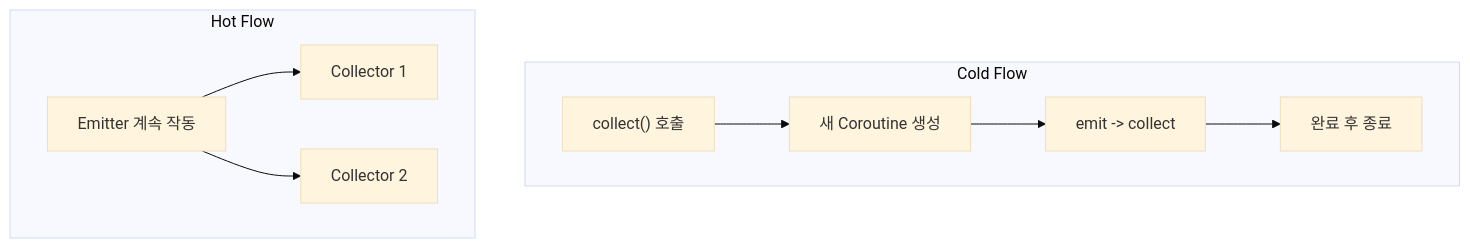
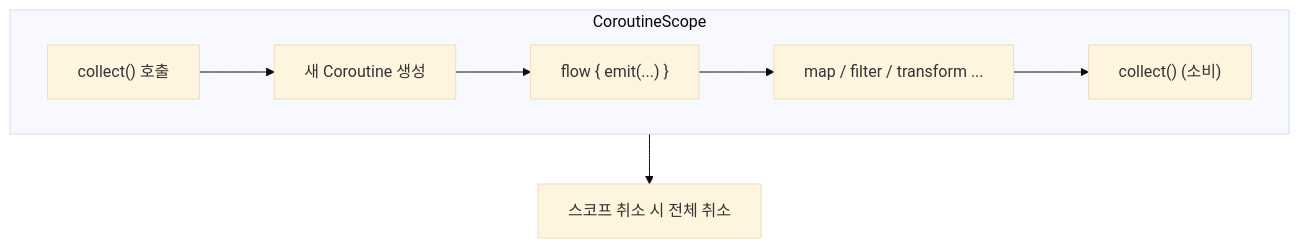
One commit to new-pow/bookshelf changed the first of 2 diagrams in 8-Kotlin/kotlin-corouties-deep-dive.md. Above: the diagram before and after it, drawn with Mermaid (base theme). The commit also changed other lines of this file, not shown here.

Commit message:
backup: 2025-11-05 20:53:33 M 8-Kotlin/kotlin-corouties-deep-dive.md

````diff
--- a/8-Kotlin/kotlin-corouties-deep-dive.md
+++ b/8-Kotlin/kotlin-corouties-deep-dive.md
@@ -1138,16 +1138,12 @@
 ```mermaid
 flowchart TD
-    subgraph Cold Flow
-    A["collect() 호출"] --> B["새 Coroutine 생성"]
-    B --> C["emit -> collect"]
-    C --> D["완료 후 종료"]
+    subgraph Scope["CoroutineScope"]
+        A["collect() 호출"] --> B["새 Coroutine 생성"]
+        B --> C["flow { emit(...) }"]
+        C --> D["map / filter / transform ..."]
+        D --> E["collect() (소비)"]
     end
+    F["스코프 취소 시 전체 취소"]
+    Scope --> F
 
-    subgraph Hot Flow
-    E["Emitter 계속 작동"]
-    F["Collector 1"]
-    G["Collector 2"]
-    E --> F
-    E --> G
-    end
 ```
````
